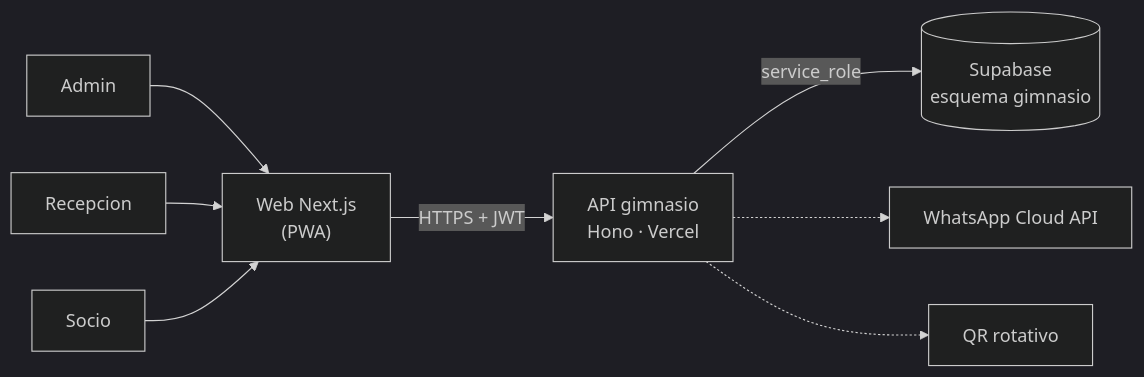
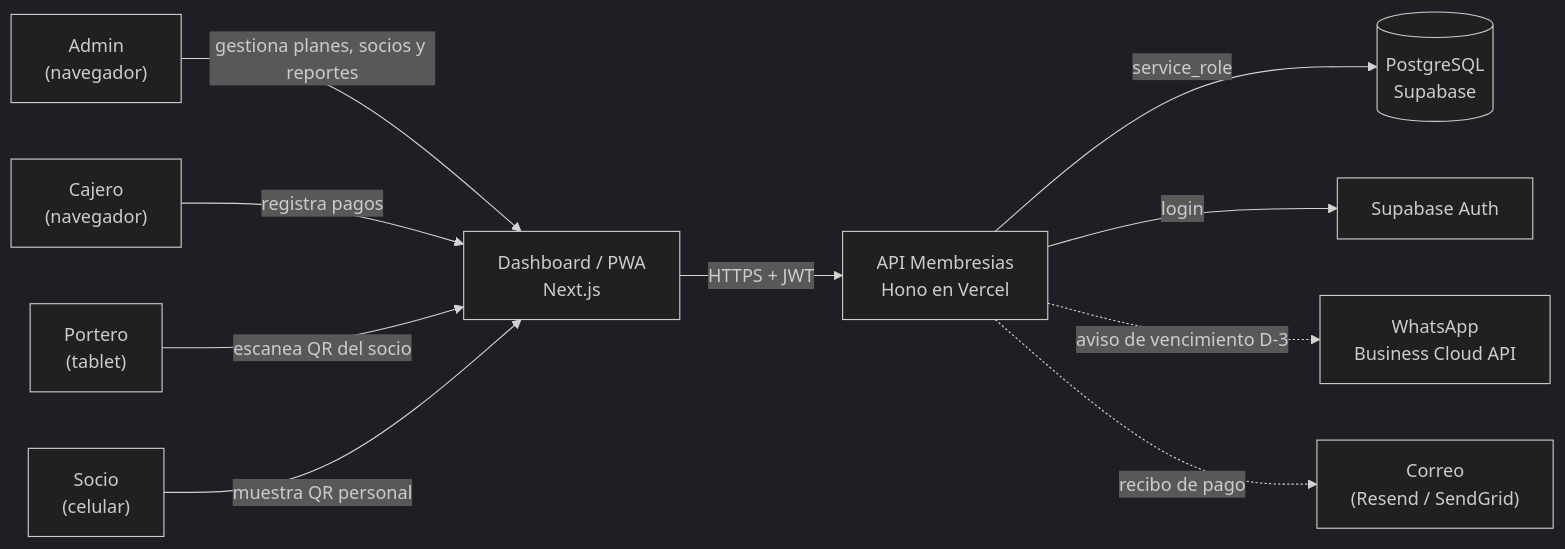
The first of 4 diagrams in 10-membresias-gimnasio/docs/02-arquitectura.md (brayanChapo/novatech-microapps), drawn with Mermaid (dark theme) before and after one commit. The commit also changed other lines of this file and 28 other files, not shown here.

````diff
--- a/10-membresias-gimnasio/docs/02-arquitectura.md
+++ b/10-membresias-gimnasio/docs/02-arquitectura.md
@@ -5,11 +7,12 @@
 ```mermaid
 flowchart LR
-    U0["Admin"] --> WEB
-    U1["Recepcion"] --> WEB
-    U2["Socio"] --> WEB
-    WEB["Web Next.js<br/>(PWA)"] -->|HTTPS + JWT| API["API gimnasio<br/>Hono · Vercel"]
-    
-    API -->|service_role| DB[("Supabase<br/>esquema gimnasio")]
-    API -.-> I0["WhatsApp Cloud API"]
-    API -.-> I1["QR rotativo"]
+    ADM["Admin\n(navegador)"] -->|gestiona planes, socios y reportes| WEB["Dashboard / PWA\nNext.js"]
+    CAJ["Cajero\n(navegador)"] -->|registra pagos| WEB
+    POR["Portero\n(tablet)"] -->|escanea QR del socio| WEB
+    SOC["Socio\n(celular)"] -->|muestra QR personal| WEB
+    WEB -->|HTTPS + JWT| API["API Membresias\nHono en Vercel"]
+    API -->|service_role| DB[("PostgreSQL\nSupabase")]
+    API -->|login| AUTH["Supabase Auth"]
+    API -.->|aviso de vencimiento D-3| WA["WhatsApp\nBusiness Cloud API"]
+    API -.->|recibo de pago| MAIL["Correo\n(Resend / SendGrid)"]
 ```
````
